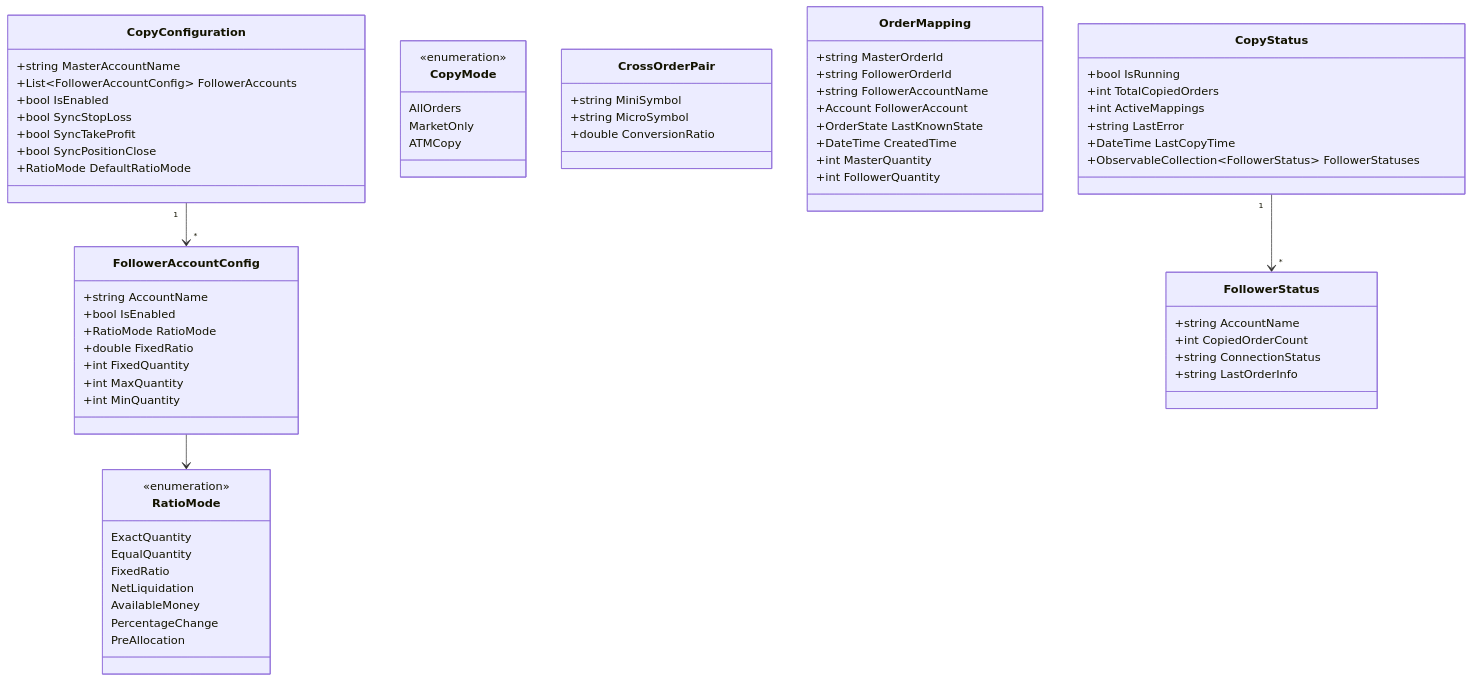
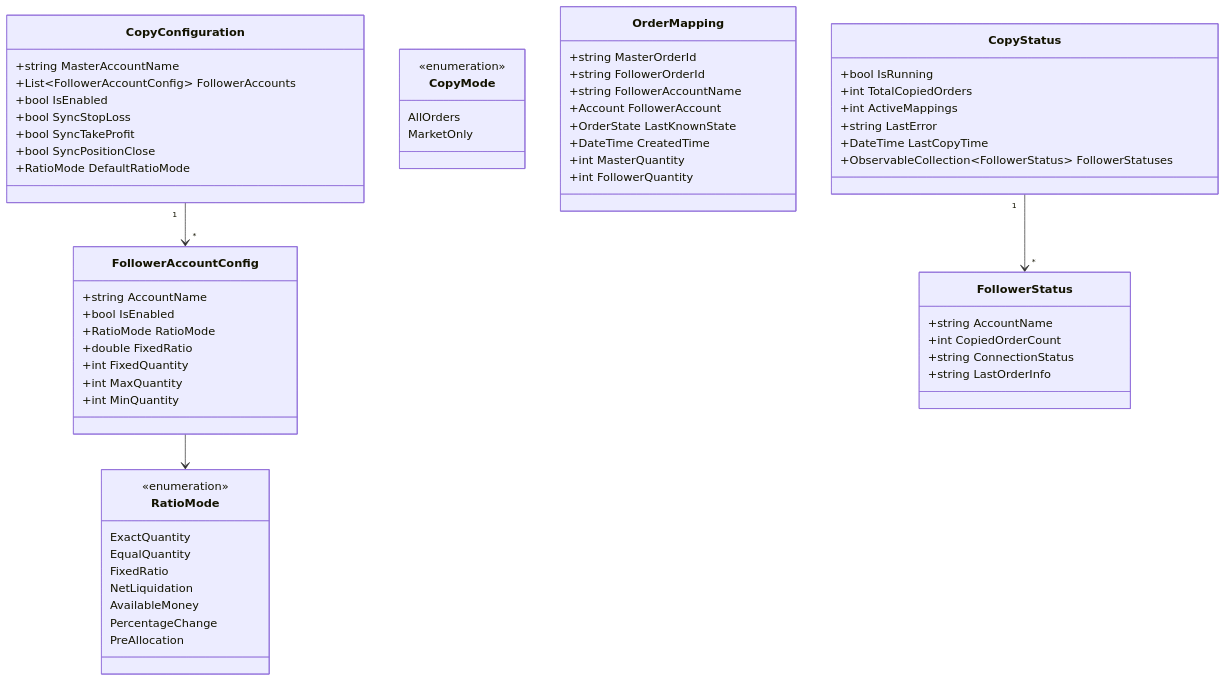
The tenth of 19 diagrams in docs/GroupTradeAddOn-Architecture.md (MrHuangJser/nt8-plugins), drawn with Mermaid before and after one commit. The commit also changed other lines of this file and 21 other files, not shown here.

````diff
--- a/docs/GroupTradeAddOn-Architecture.md
+++ b/docs/GroupTradeAddOn-Architecture.md
@@ -714,77 +681,70 @@
 ```mermaid
 classDiagram
     class CopyConfiguration {
         +string MasterAccountName
         +List~FollowerAccountConfig~ FollowerAccounts
         +bool IsEnabled
         +bool SyncStopLoss
         +bool SyncTakeProfit
         +bool SyncPositionClose
         +RatioMode DefaultRatioMode
     }
 
     class FollowerAccountConfig {
         +string AccountName
         +bool IsEnabled
         +RatioMode RatioMode
         +double FixedRatio
         +int FixedQuantity
         +int MaxQuantity
         +int MinQuantity
     }
 
     class RatioMode {
         <<enumeration>>
         ExactQuantity
         EqualQuantity
         FixedRatio
         NetLiquidation
         AvailableMoney
         PercentageChange
         PreAllocation
     }
 
     class CopyMode {
         <<enumeration>>
         AllOrders
         MarketOnly
-        ATMCopy
-    }
-
-    class CrossOrderPair {
-        +string MiniSymbol
-        +string MicroSymbol
-        +double ConversionRatio
     }
 
     class OrderMapping {
         +string MasterOrderId
         +string FollowerOrderId
         +string FollowerAccountName
         +Account FollowerAccount
         +OrderState LastKnownState
         +DateTime CreatedTime
         +int MasterQuantity
         +int FollowerQuantity
     }
 
     class CopyStatus {
         +bool IsRunning
         +int TotalCopiedOrders
         +int ActiveMappings
         +string LastError
         +DateTime LastCopyTime
         +ObservableCollection~FollowerStatus~ FollowerStatuses
     }
 
     class FollowerStatus {
         +string AccountName
         +int CopiedOrderCount
         +string ConnectionStatus
         +string LastOrderInfo
     }
 
     CopyConfiguration "1" --> "*" FollowerAccountConfig
     FollowerAccountConfig --> RatioMode
     CopyStatus "1" --> "*" FollowerStatus
 ```
````
